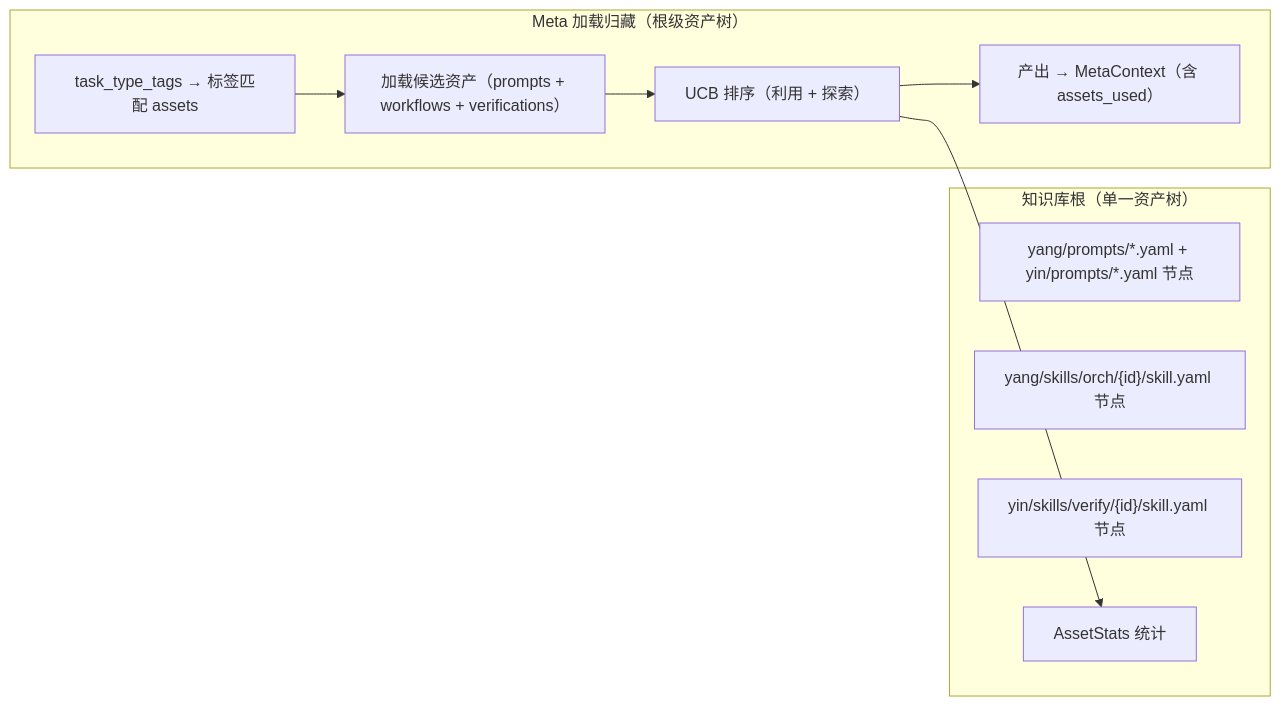
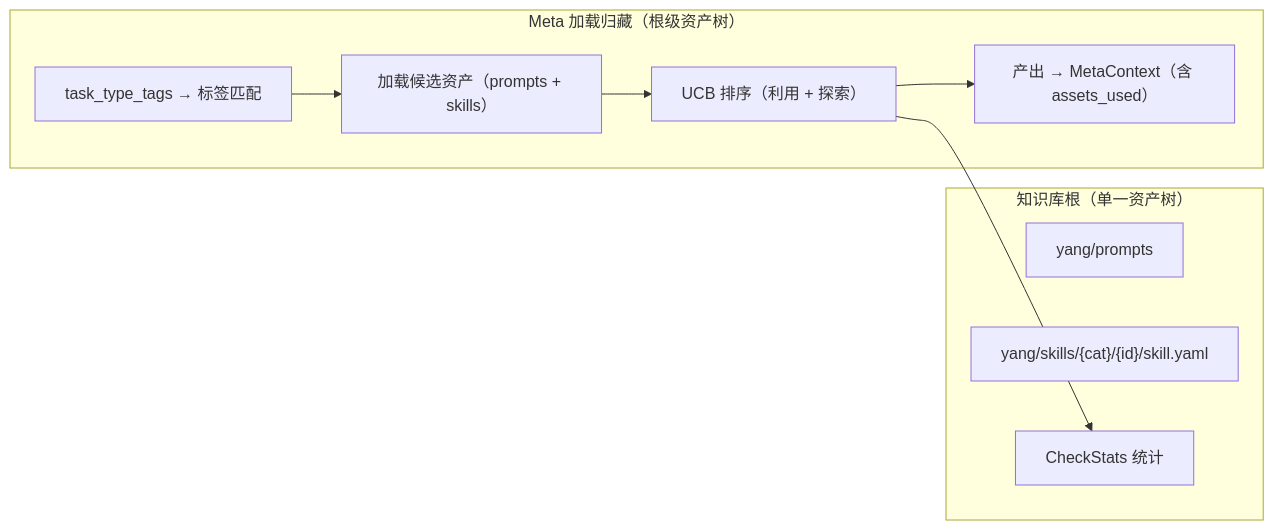
Diagram 11 of 18 in Blueprint.md (wenge6090-tech/taiji), drawn with Mermaid before and after one commit. The commit also changed other lines of this file and 62 other files, not shown here.

````diff
--- a/Blueprint.md
+++ b/Blueprint.md
@@ -1231,18 +593,14 @@
 ```mermaid
 flowchart LR
     subgraph "Meta 加载归藏（根级资产树）"
-        QUERY["task_type_tags → 标签匹配 assets"]
-        QUERY --> LOAD["加载候选资产（prompts + workflows + verifications）"]
+        QUERY["task_type_tags → 标签匹配"] --> LOAD["加载候选资产（prompts + skills）"]
         LOAD --> RANK["UCB 排序（利用 + 探索）"]
         RANK --> MC["产出 → MetaContext（含 assets_used）"]
     end
-
     subgraph "知识库根（单一资产树）"
-        P1["yang/prompts/*.yaml + yin/prompts/*.yaml 节点"]
-        P2["yang/skills/orch/{id}/skill.yaml 节点"]
-        P3["yin/skills/verify/{id}/skill.yaml 节点"]
-        S["AssetStats 统计"]
+        P1["yang/prompts"]
+        P2["yang/skills/{cat}/{id}/skill.yaml"]
+        S["CheckStats 统计"]
     end
-
     RANK --> S
 ```
````
